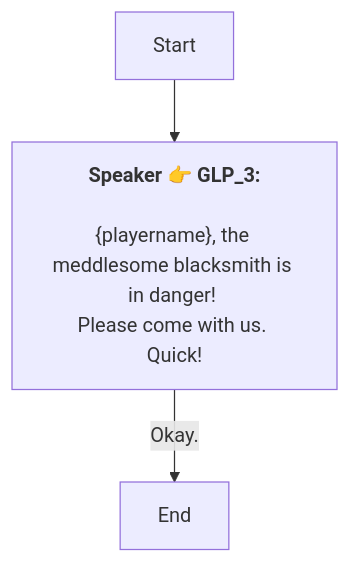
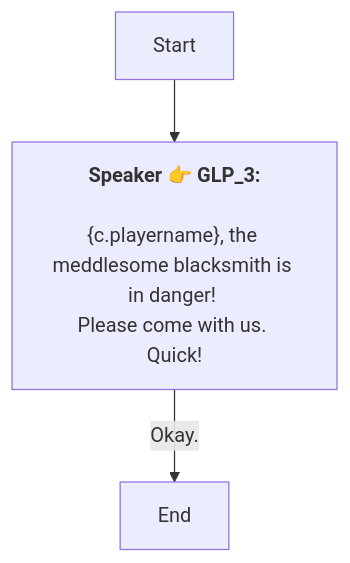
Before and after one commit to SoftHu/tos_avg: the diagram in En/QuestStartTalkENode_1772507995293104.md, drawn with Mermaid. The commit also changed 410 other files, not shown here.

````diff
--- a/En/QuestStartTalkENode_1772507995293104.md
+++ b/En/QuestStartTalkENode_1772507995293104.md
@@ -1,10 +1,9 @@
 ```mermaid
 graph
 Start -->1772508035257784[<b>Speaker 👉 GLP_3:</b>
-\n&lbrace;playername&rbrace;, the meddlesome blacksmith is in danger! 
+\n&lbrace;c.playername&rbrace;, the meddlesome blacksmith is in danger! 
 Please come with us. 
-Quick!
-]
-1772508035257784 -->|Okay. |1772508110983609[End]
+Quick!]
+1772508035257784 -->|Okay.|1772508110983609[End]
 
 ```
````
